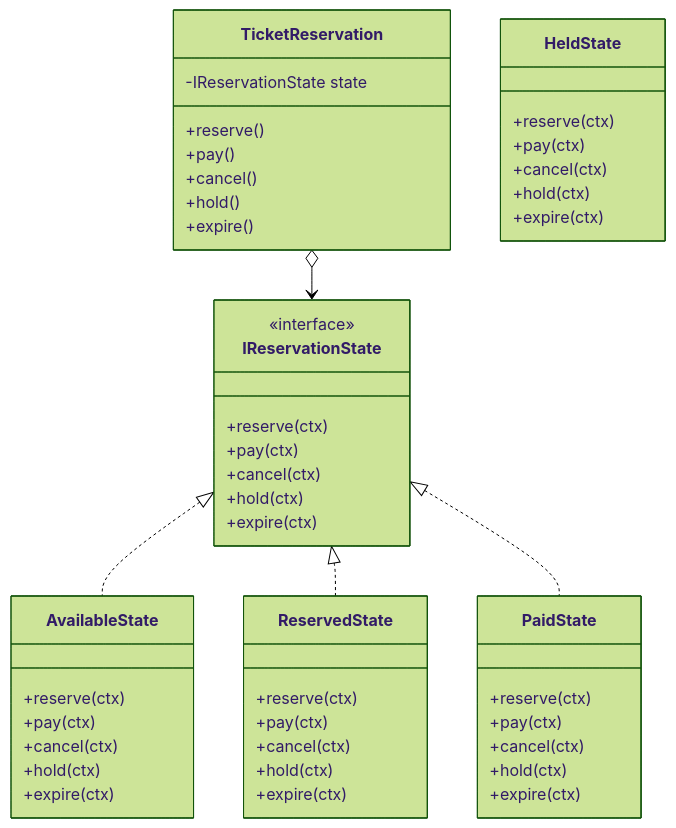
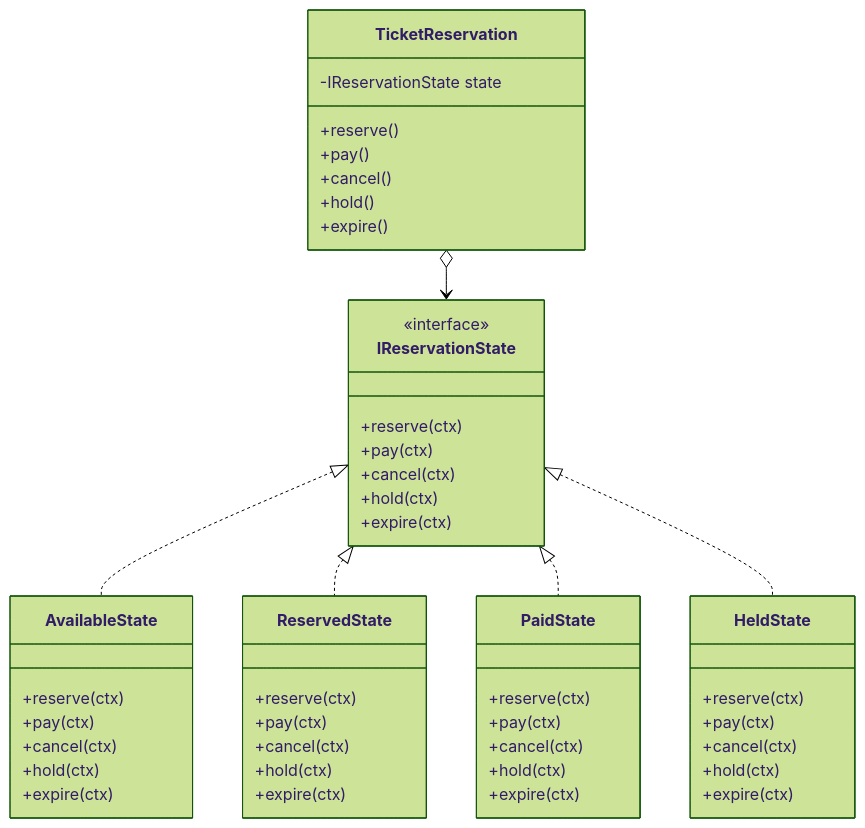
The tenth of 10 diagrams in kindle/design-patterns/output/chapter03.md (kumachan1101-pixel/DesignPattern), drawn with Mermaid (forest theme) before and after one commit. The commit also changed other lines of this file and 1 other file, not shown here.

````diff
--- a/kindle/design-patterns/output/chapter03.md
+++ b/kindle/design-patterns/output/chapter03.md
@@ -1673,51 +1675,52 @@
 ```mermaid
 classDiagram
     class TicketReservation {
         -IReservationState state
         +reserve()
         +pay()
         +cancel()
         +hold()
         +expire()
     }
     class IReservationState {
         <<interface>>
         +reserve(ctx)
         +pay(ctx)
         +cancel(ctx)
         +hold(ctx)
         +expire(ctx)
     }
     class AvailableState {
         +reserve(ctx)
         +pay(ctx)
         +cancel(ctx)
         +hold(ctx)
         +expire(ctx)
     }
     class ReservedState {
         +reserve(ctx)
         +pay(ctx)
         +cancel(ctx)
         +hold(ctx)
         +expire(ctx)
     }
     class PaidState {
         +reserve(ctx)
         +pay(ctx)
         +cancel(ctx)
         +hold(ctx)
         +expire(ctx)
     }
     class HeldState {
         +reserve(ctx)
         +pay(ctx)
         +cancel(ctx)
         +hold(ctx)
         +expire(ctx)
     }
     TicketReservation o--> IReservationState
     IReservationState <|.. AvailableState
     IReservationState <|.. ReservedState
     IReservationState <|.. PaidState
+    IReservationState <|.. HeldState
 ```
````
